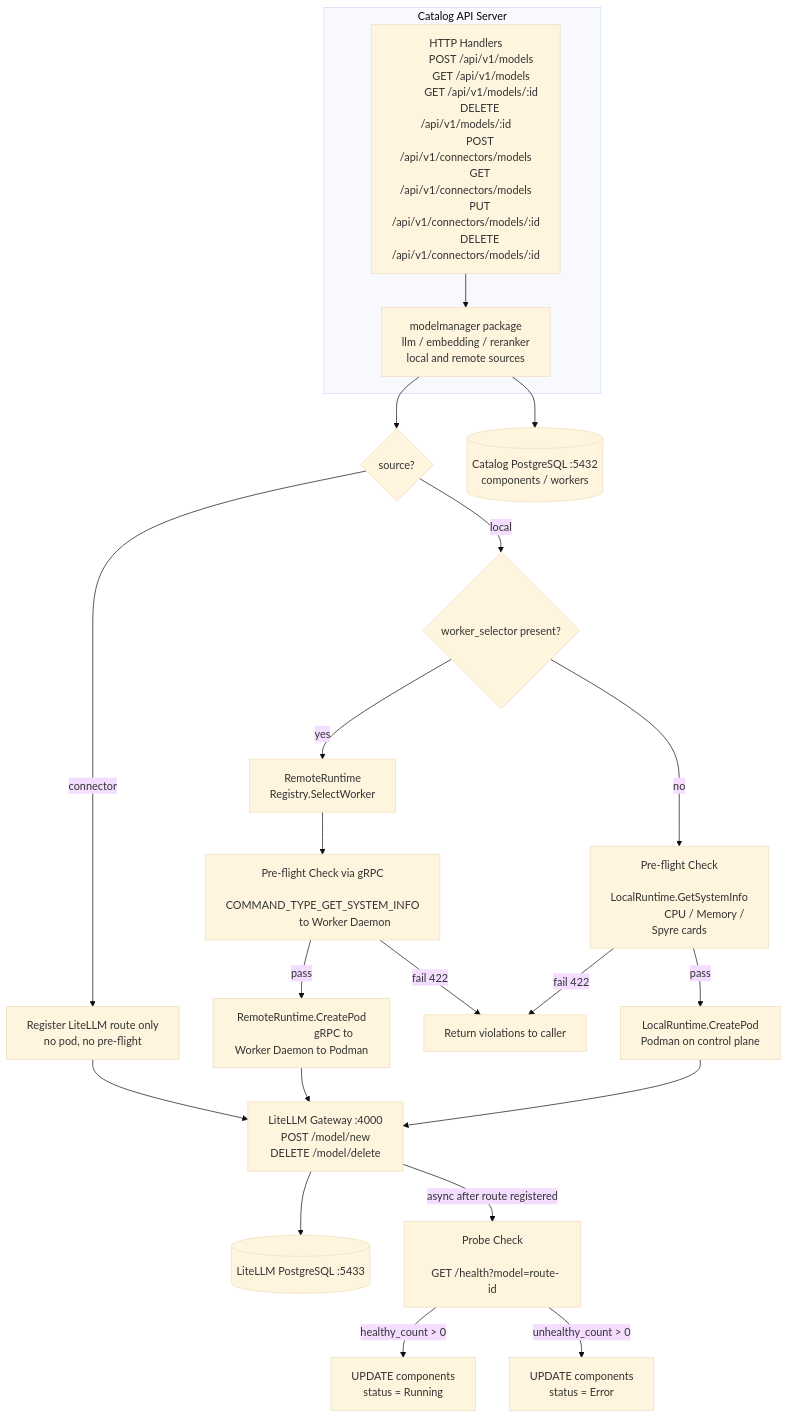
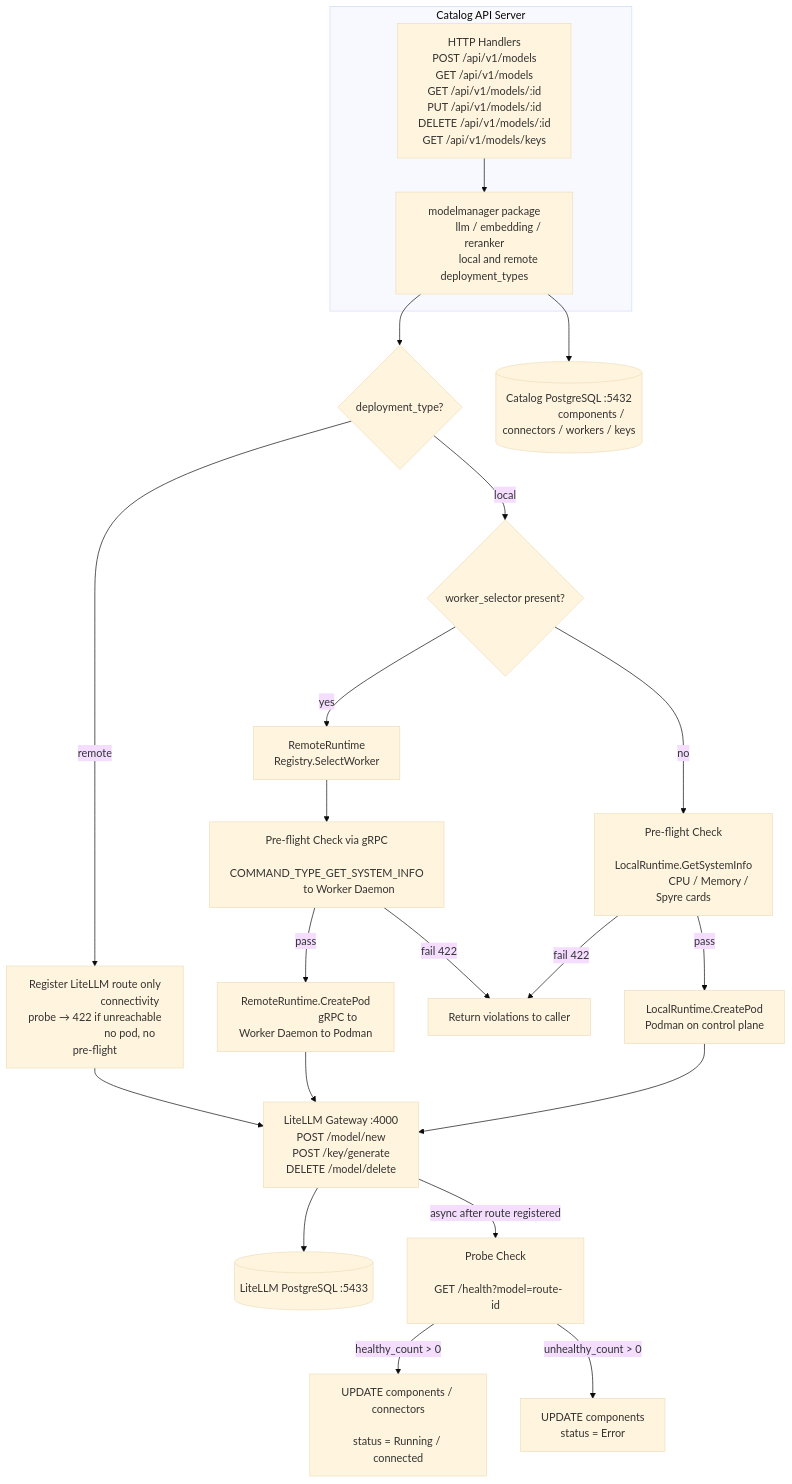
The second of 3 diagrams in docs/proposals/model-management/model-management-architecture.md (IBM/project-ai-services), drawn with Mermaid (base theme) before and after one commit. The commit also changed other lines of this file and 3 other files, not shown here.

````diff
--- a/docs/proposals/model-management/model-management-architecture.md
+++ b/docs/proposals/model-management/model-management-architecture.md
@@ -116,65 +118,65 @@
 ```mermaid
 flowchart TD
     subgraph CatalogAPI["Catalog API Server"]
         A["HTTP Handlers
            POST /api/v1/models
-           GET /api/v1/models
-           GET /api/v1/models/:id
+           GET  /api/v1/models
+           GET  /api/v1/models/:id
+           PUT  /api/v1/models/:id
            DELETE /api/v1/models/:id
-           POST /api/v1/connectors/models
-           GET /api/v1/connectors/models
-           PUT /api/v1/connectors/models/:id
-           DELETE /api/v1/connectors/models/:id"]
+           GET  /api/v1/models/keys"]
 
         B["modelmanager package
            llm / embedding / reranker
-           local and remote sources"]
+           local and remote deployment_types"]
 
         A --> B
     end
 
-    B --> SRC{"source?"}
+    B --> SRC{"deployment_type?"}
 
     SRC -->|local| WS{"worker_selector present?"}
 
     WS -->|no| PF["Pre-flight Check
                    LocalRuntime.GetSystemInfo
                    CPU / Memory / Spyre cards"]
 
     WS -->|yes| RR["RemoteRuntime
                     Registry.SelectWorker"]
     RR --> RPF["Pre-flight Check via gRPC
                 COMMAND_TYPE_GET_SYSTEM_INFO
                 to Worker Daemon"]
 
     PF  -->|pass| LPOD["LocalRuntime.CreatePod
                         Podman on control plane"]
     RPF -->|pass| RPOD["RemoteRuntime.CreatePod
                         gRPC to Worker Daemon to Podman"]
 
     PF  -->|"fail 422"| VIOL["Return violations to caller"]
     RPF -->|"fail 422"| VIOL
 
-    SRC -->|connector| CONN["Register LiteLLM route only
-                             no pod, no pre-flight"]
+    SRC -->|remote| CONN["Register LiteLLM route only
+                          connectivity probe → 422 if unreachable
+                          no pod, no pre-flight"]
 
     LPOD --> LR
     RPOD --> LR
     CONN --> LR
 
     LR["LiteLLM Gateway :4000
         POST /model/new
+        POST /key/generate
         DELETE /model/delete"]
 
     LR --> LLMDB2[("LiteLLM PostgreSQL :5433")]
 
     LR -->|"async after route registered"| PROBE["Probe Check
                                                   GET /health?model=route-id"]
-    PROBE -->|"healthy_count > 0"| OK["UPDATE components
-                                       status = Running"]
+    PROBE -->|"healthy_count > 0"| OK["UPDATE components / connectors
+                                       status = Running / connected"]
     PROBE -->|"unhealthy_count > 0"| ERR["UPDATE components
                                           status = Error"]
 
     B --> CATDB[("Catalog PostgreSQL :5432
-                 components / workers")]
+                 components / connectors / workers / keys")]
 ```
````
